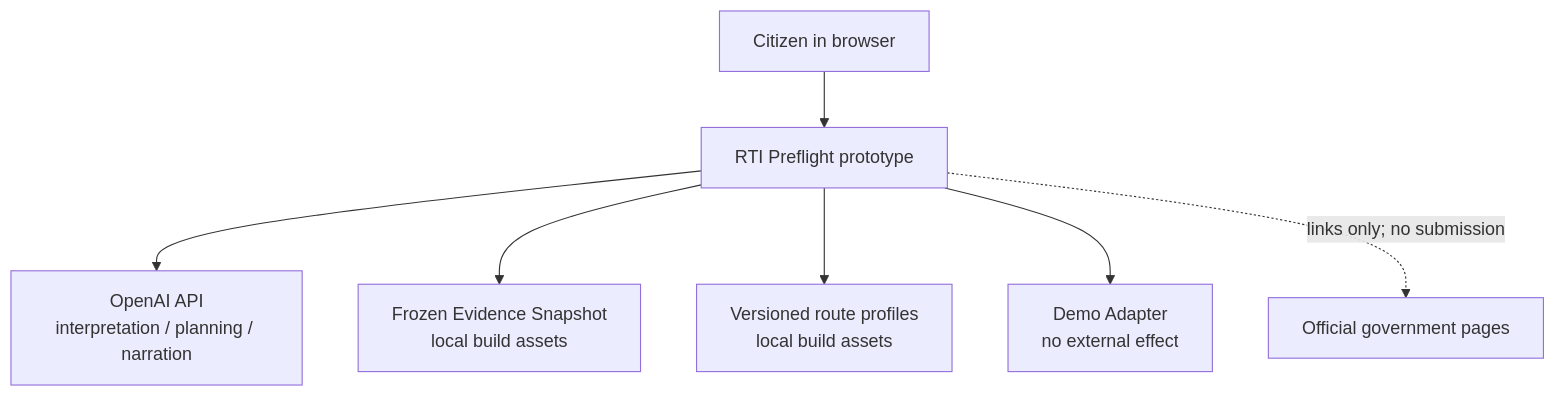
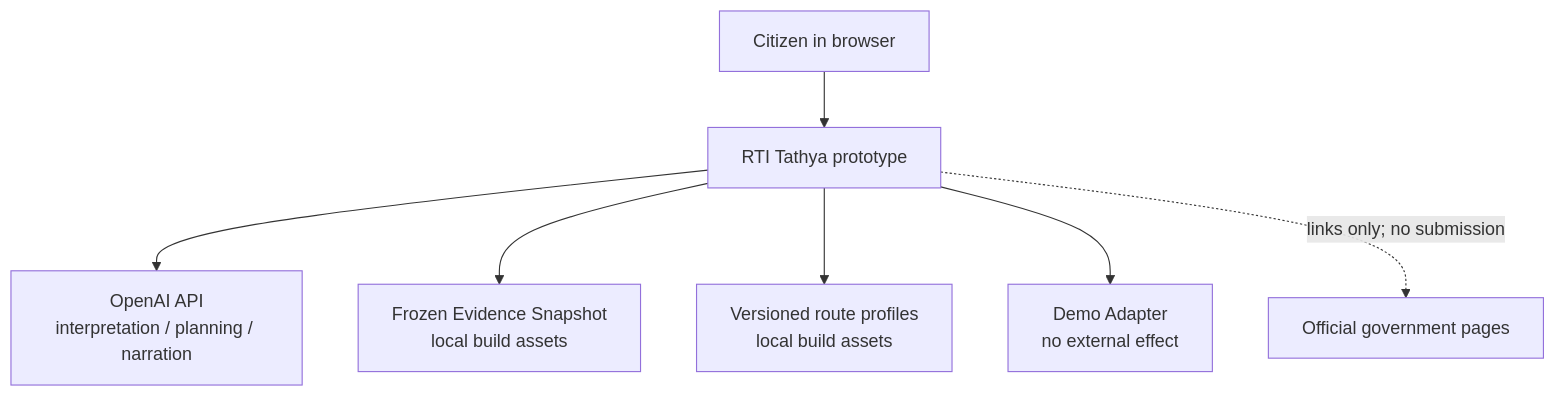
Before and after one commit to prathams96/rti-preflight: the second of 8 diagrams in docs/product/RTI-PREFLIGHT-FULL-ARCHITECTURE.md, drawn with Mermaid. The commit also changed other lines of this file and 79 other files, not shown here.

````diff
--- a/docs/product/RTI-PREFLIGHT-FULL-ARCHITECTURE.md
+++ b/docs/product/RTI-PREFLIGHT-FULL-ARCHITECTURE.md
@@ -56,9 +56,9 @@
 ```mermaid
 flowchart TB
-    C["Citizen in browser"] --> P["RTI Preflight prototype"]
+    C["Citizen in browser"] --> P["RTI Tathya prototype"]
     P --> O["OpenAI API<br/>interpretation / planning / narration"]
     P --> S["Frozen Evidence Snapshot<br/>local build assets"]
     P --> R["Versioned route profiles<br/>local build assets"]
     P --> D["Demo Adapter<br/>no external effect"]
     P -. "links only; no submission" .-> G["Official government pages"]
 ```
````
